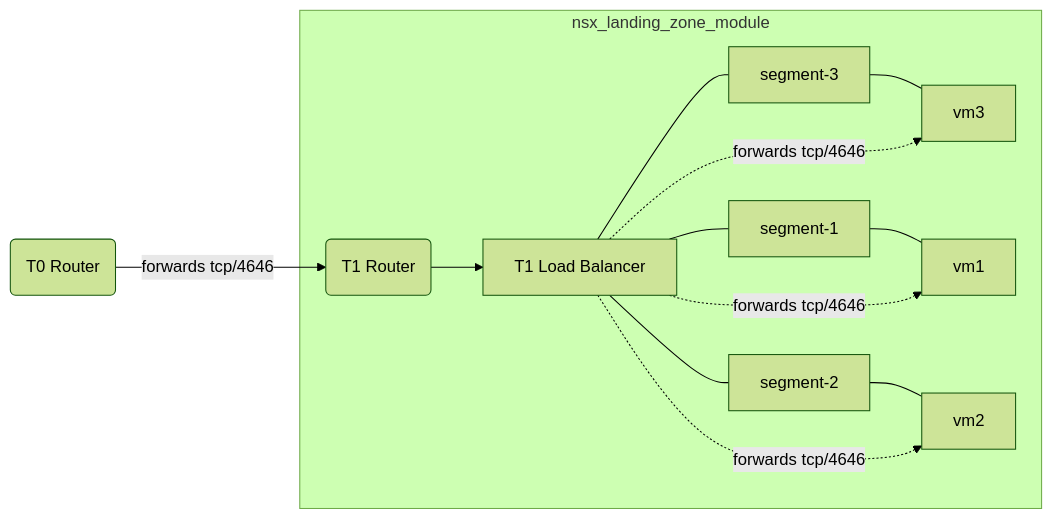
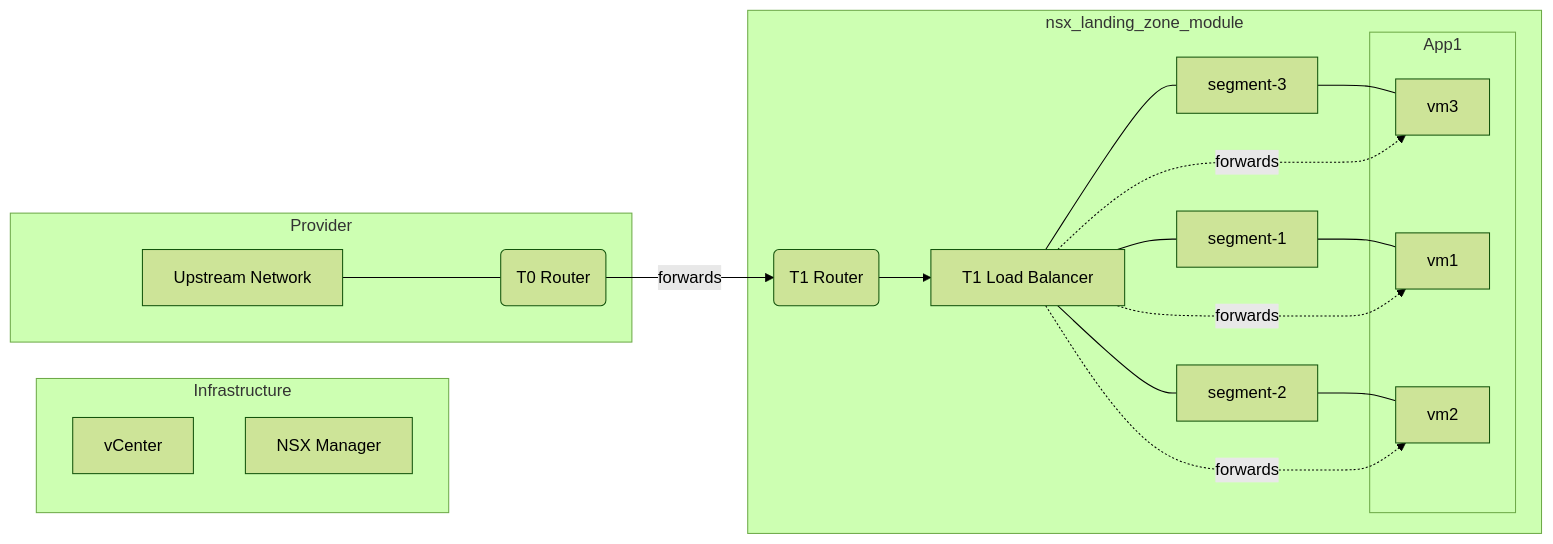
One commit to pandom/tf-vsphere-nsx changed the diagram in README.md. Above: the diagram before and after it, drawn with Mermaid (forest theme). The commit also changed 1 other file, not shown here.

Commit message:
Adjust Readmes

````diff
--- a/README.md
+++ b/README.md
@@ -8,17 +8,29 @@
 ```mermaid
 graph LR
-    A(T0 Router) -->|forwards tcp/4646| B(T1 Router)
-    subgraph topology[nsx_landing_zone_module]
+    A(T0 Router) -->|forwards| B(T1 Router)
+subgraph inf[Infrastructure]
+    vcva[vCenter]
+    nsx[NSX Manager]
+end
+subgraph topology[nsx_landing_zone_module]
+    F --- vm3
+    D --- vm1
+    E --- vm2
     B --> C[T1 Load Balancer]
     C --- D[segment-1]
     C --- E[segment-2]
     C --- F[segment-3]
-    F --- vm3
-    D --- vm1
-    E --- vm2
-    C -.->|forwards tcp/4646|vm2
-    C -.->|forwards tcp/4646|vm1
-
-    C -.->|forwards tcp/4646|vm3
+    subgraph vms[App1]
+    vm1
+    vm2
+    vm3
     end
+    C -.->|forwards|vm1
+    C -.->|forwards|vm2
+    C -.->|forwards|vm3 
+end
+subgraph p[Provider]
+    rtr[Upstream Network]
+    rtr---A
+end
 ```
````
